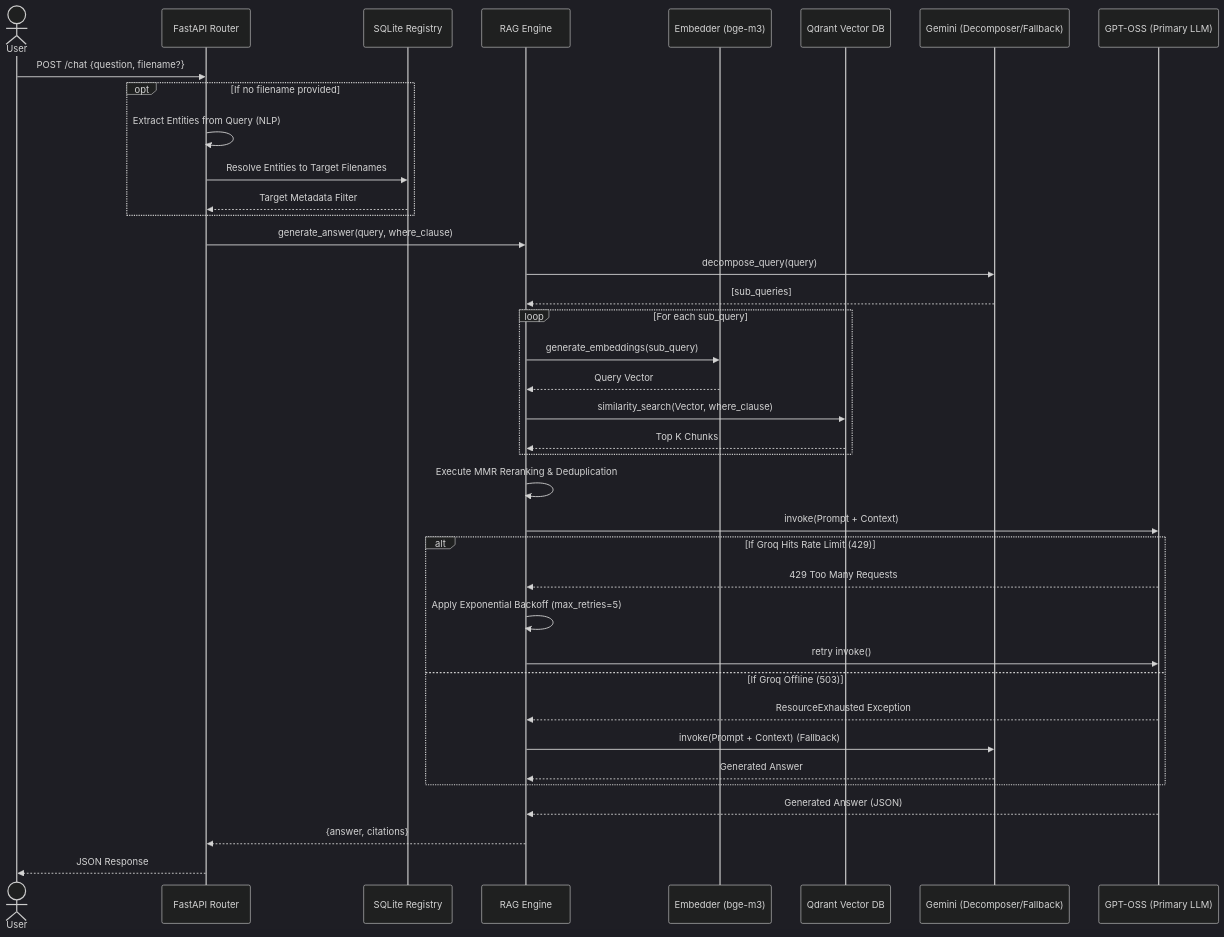
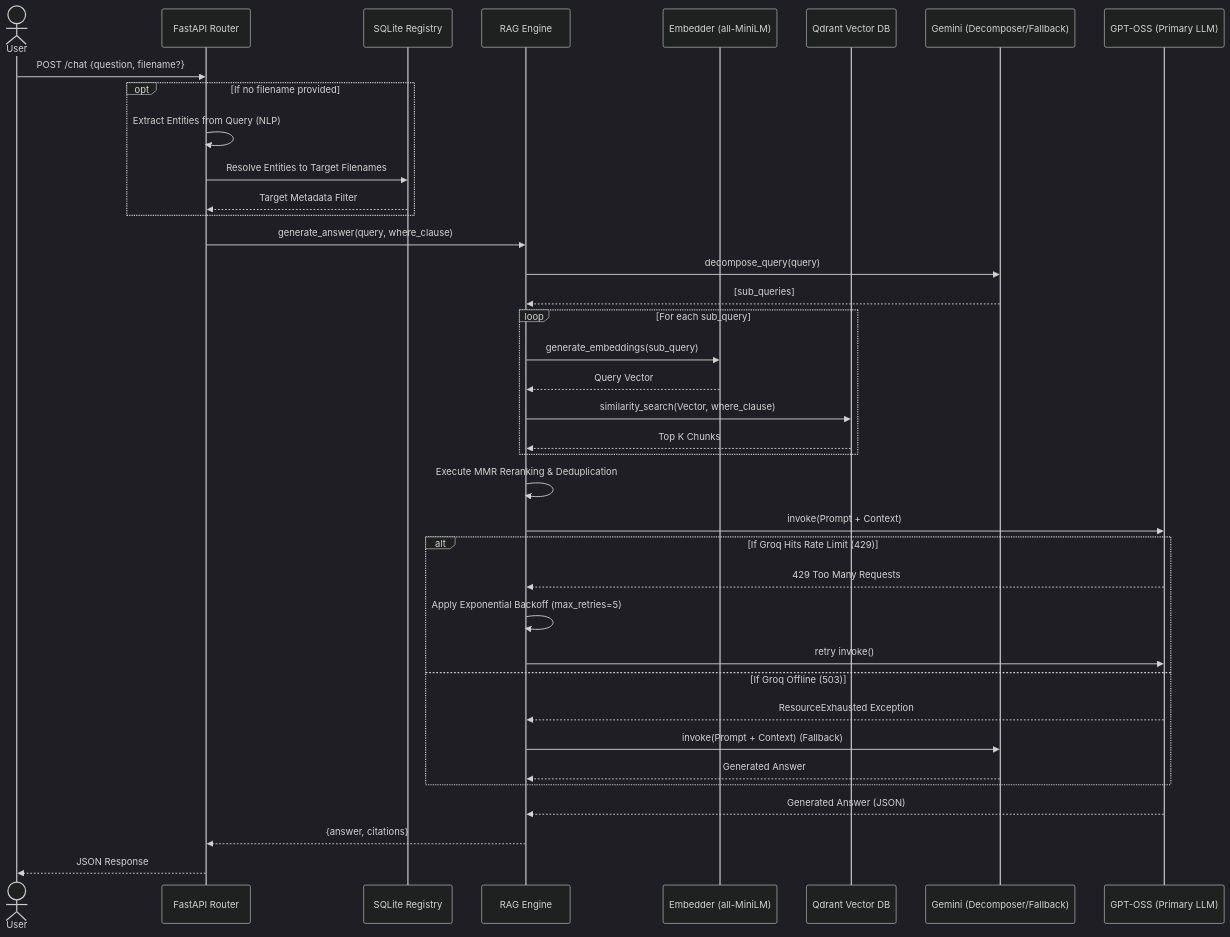
One commit to atharv0894/RATAN changed the second of 2 diagrams in README.md. Above: the diagram before and after it, drawn with Mermaid (dark theme). The commit also changed other lines of this file and 8 other files, not shown here.

Commit message:
chore: finalize all-MiniLM migration and update documentation

````diff
--- a/README.md
+++ b/README.md
@@ -78,48 +70,48 @@
 ```mermaid
 sequenceDiagram
     actor User
     participant API as FastAPI Router
     participant SQLite as SQLite Registry
     participant RAG as RAG Engine
-    participant Embed as Embedder (bge-m3)
+    participant Embed as Embedder (all-MiniLM)
     participant Qdrant as Qdrant Vector DB
     participant Gemini as Gemini (Decomposer/Fallback)
     participant Groq as GPT-OSS (Primary LLM)
 
     User->>API: POST /chat {question, filename?}
     
     opt If no filename provided
         API->>API: Extract Entities from Query (NLP)
         API->>SQLite: Resolve Entities to Target Filenames
         SQLite-->>API: Target Metadata Filter
     end
     
     API->>RAG: generate_answer(query, where_clause)
     
     RAG->>Gemini: decompose_query(query)
     Gemini-->>RAG: [sub_queries]
     
     loop For each sub_query
         RAG->>Embed: generate_embeddings(sub_query)
         Embed-->>RAG: Query Vector
         RAG->>Qdrant: similarity_search(Vector, where_clause)
         Qdrant-->>RAG: Top K Chunks
     end
     
     RAG->>RAG: Execute MMR Reranking & Deduplication
     RAG->>Groq: invoke(Prompt + Context)
     
     alt If Groq Hits Rate Limit (429)
         Groq-->>RAG: 429 Too Many Requests
         RAG->>RAG: Apply Exponential Backoff (max_retries=5)
         RAG->>Groq: retry invoke()
     else If Groq Offline (503)
         Groq-->>RAG: ResourceExhausted Exception
         RAG->>Gemini: invoke(Prompt + Context) (Fallback)
         Gemini-->>RAG: Generated Answer
     end
     
     Groq-->>RAG: Generated Answer (JSON)
     RAG-->>API: {answer, citations}
     API-->>User: JSON Response
 ```
````
